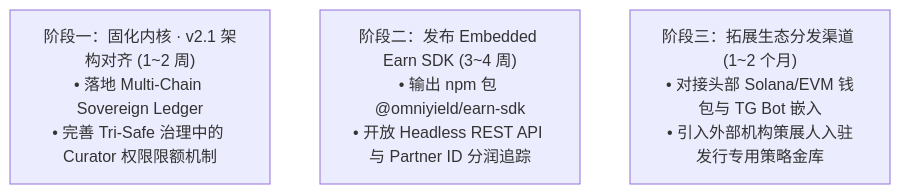
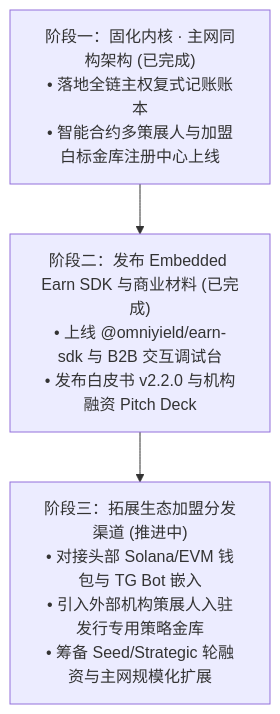
Before and after one commit to GOSUN-CAPITAL/omniyield-protocol: the third of 3 diagrams in docs/OMNIYIELD_ENTERPRISE_EARN_STACK_BLUEPRINT.md, drawn with Mermaid. The commit also changed other lines of this file and 8 other files, not shown here.

````diff
--- a/docs/OMNIYIELD_ENTERPRISE_EARN_STACK_BLUEPRINT.md
+++ b/docs/OMNIYIELD_ENTERPRISE_EARN_STACK_BLUEPRINT.md
@@ -166,6 +150,8 @@
 ```mermaid
 flowchart TD
-    M1["阶段一：固化内核 · v2.1 架构对齐 (1~2 周)<br/>• 落地 Multi-Chain Sovereign Ledger<br/>• 完善 Tri-Safe 治理中的 Curator 权限限额机制"]
-    M2["阶段二：发布 Embedded Earn SDK (3~4 周)<br/>• 输出 npm 包 @omniyield/earn-sdk<br/>• 开放 Headless REST API 与 Partner ID 分润追踪"]
-    M3["阶段三：拓展生态分发渠道 (1~2 个月)<br/>• 对接头部 Solana/EVM 钱包与 TG Bot 嵌入<br/>• 引入外部机构策展人入驻发行专用策略金库"]
+    M1["阶段一：固化内核 · 主网同构架构 (已完成)<br/>• 落地全链主权复式记账账本<br/>• 智能合约多策展人与加盟白标金库注册中心上线"]
+    M2["阶段二：发布 Embedded Earn SDK 与商业材料 (已完成)<br/>• 上线 @omniyield/earn-sdk 与 B2B 交互调试台<br/>• 发布白皮书 v2.2.0 与机构融资 Pitch Deck"]
+    M3["阶段三：拓展生态加盟分发渠道 (推进中)<br/>• 对接头部 Solana/EVM 钱包与 TG Bot 嵌入<br/>• 引入外部机构策展人入驻发行专用策略金库<br/>• 筹备 Seed/Strategic 轮融资与主网规模化扩展"]
+
+    M1 --> M2 --> M3
 ```
````
